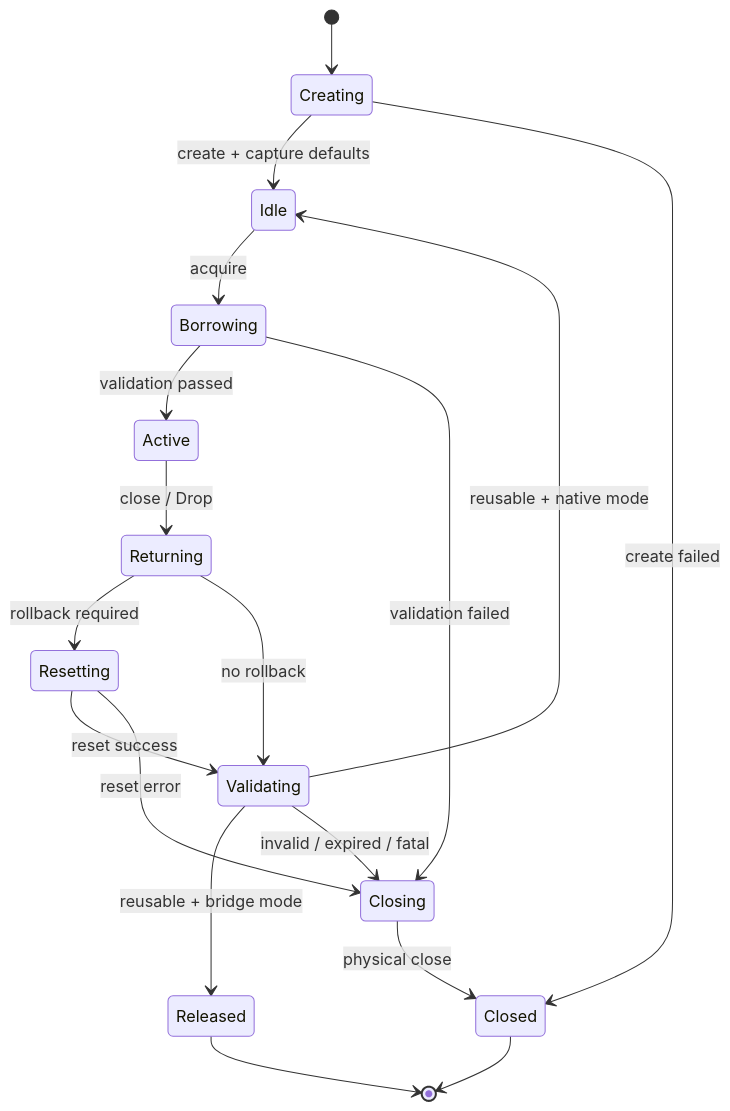
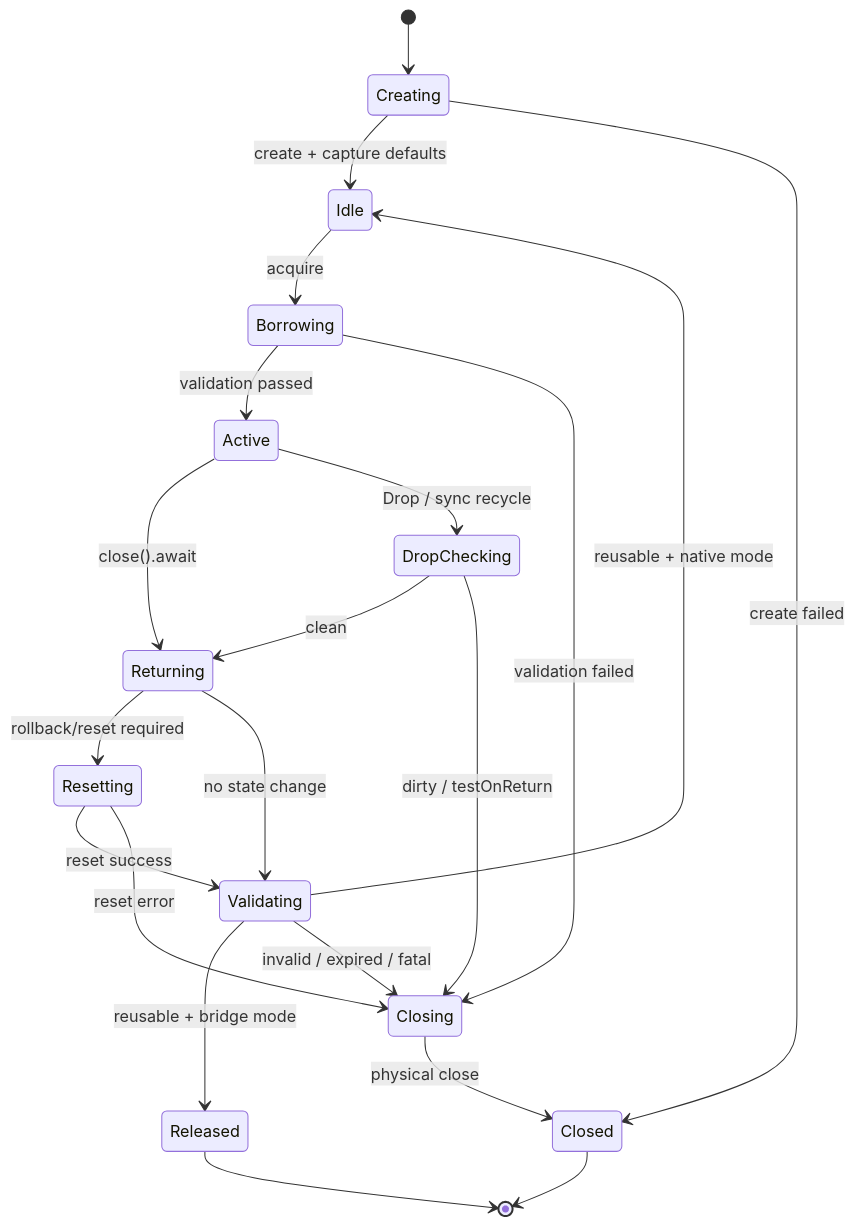
Before and after one commit to easy-4-rust/druid-rust: the seventh of 8 diagrams in doc/migration/5、连接抽象与驱动适配架构.md, drawn with Mermaid. The commit also changed other lines of this file and 90 other files, not shown here.

First line of the commit message:
docs(migration): 更新迁移路线图文档

````diff
--- a/doc/migration/5、连接抽象与驱动适配架构.md
+++ b/doc/migration/5、连接抽象与驱动适配架构.md
@@ -556,20 +643,23 @@
 ```mermaid
 stateDiagram-v2
     [*] --> Creating
     Creating --> Idle: create + capture defaults
     Creating --> Closed: create failed
     Idle --> Borrowing: acquire
     Borrowing --> Active: validation passed
     Borrowing --> Closing: validation failed
-    Active --> Returning: close / Drop
-    Returning --> Resetting: rollback required
-    Returning --> Validating: no rollback
+    Active --> Returning: close().await
+    Active --> DropChecking: Drop / sync recycle
+    DropChecking --> Returning: clean
+    DropChecking --> Closing: dirty / testOnReturn
+    Returning --> Resetting: rollback/reset required
+    Returning --> Validating: no state change
     Resetting --> Validating: reset success
     Resetting --> Closing: reset error
     Validating --> Idle: reusable + native mode
     Validating --> Released: reusable + bridge mode
     Validating --> Closing: invalid / expired / fatal
     Closing --> Closed: physical close
     Released --> [*]
     Closed --> [*]
 ```
````
